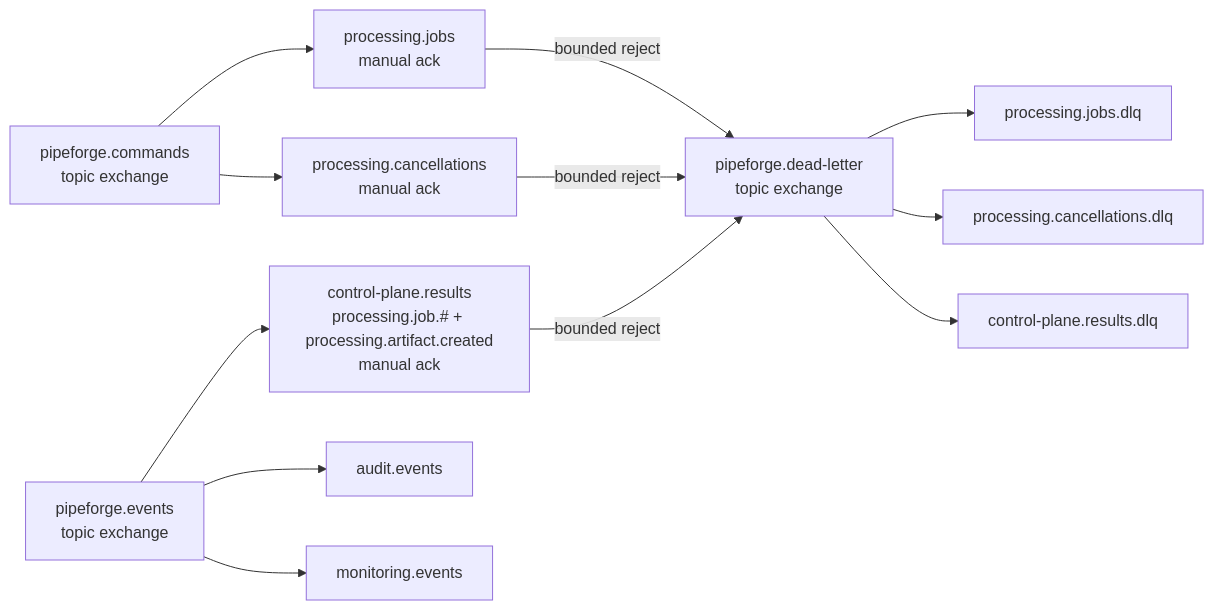
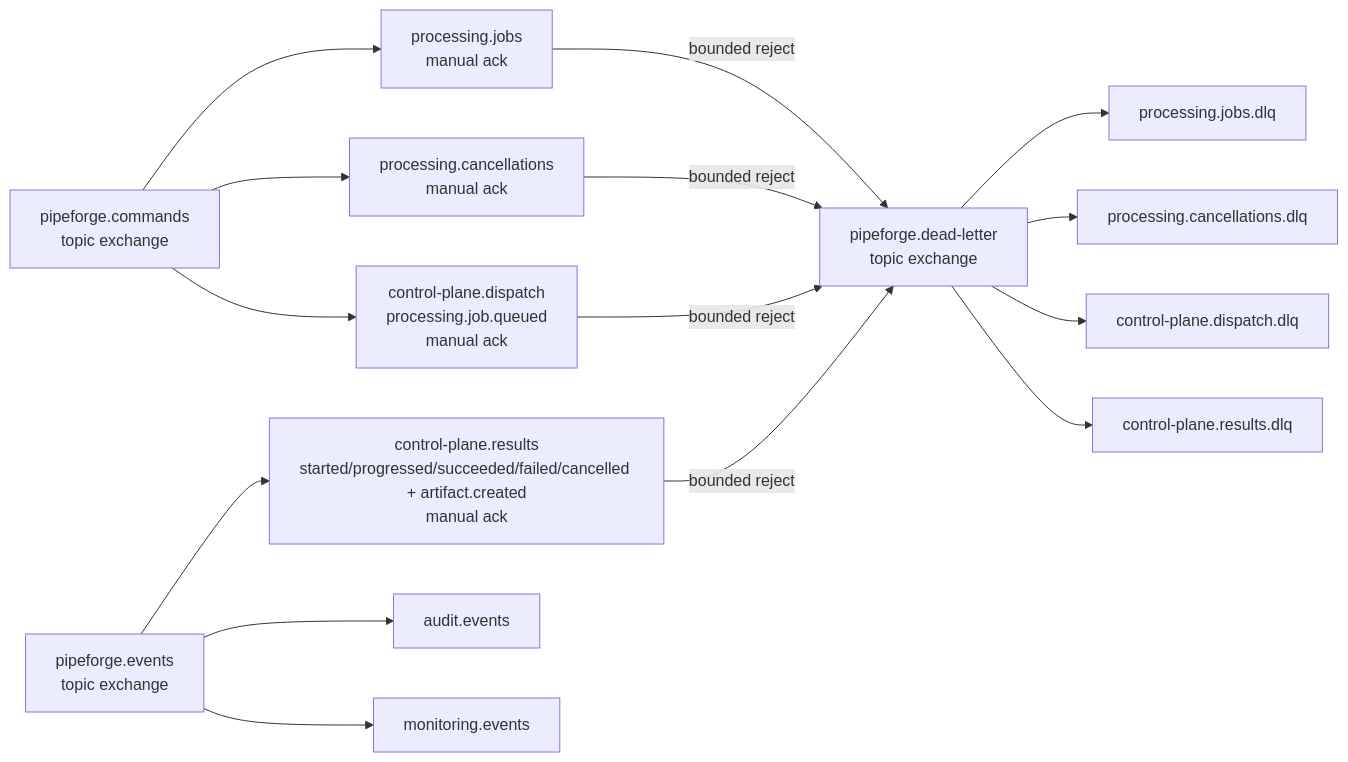
One commit to JasonTM17/PipeForge changed the diagram in docs/messaging/queue-topology.md. Above: the diagram before and after it, drawn with Mermaid. The commit also changed other lines of this file and 93 other files, not shown here.

````diff
--- a/docs/messaging/queue-topology.md
+++ b/docs/messaging/queue-topology.md
@@ -5,14 +5,17 @@
 ```mermaid
 flowchart LR
     Commands["pipeforge.commands\ntopic exchange"] --> Jobs["processing.jobs\nmanual ack"]
     Commands --> Cancels["processing.cancellations\nmanual ack"]
-    Events["pipeforge.events\ntopic exchange"] --> Results["control-plane.results\nprocessing.job.# + processing.artifact.created\nmanual ack"]
+    Commands --> Dispatch["control-plane.dispatch\nprocessing.job.queued\nmanual ack"]
+    Events["pipeforge.events\ntopic exchange"] --> Results["control-plane.results\nstarted/progressed/succeeded/failed/cancelled + artifact.created\nmanual ack"]
     Events --> Audit["audit.events"]
     Events --> Monitoring["monitoring.events"]
     Jobs -->|bounded reject| DLQ["pipeforge.dead-letter\ntopic exchange"]
     Cancels -->|bounded reject| DLQ
+    Dispatch -->|bounded reject| DLQ
     Results -->|bounded reject| DLQ
     DLQ --> JobsDLQ["processing.jobs.dlq"]
     DLQ --> CancelsDLQ["processing.cancellations.dlq"]
+    DLQ --> DispatchDLQ["control-plane.dispatch.dlq"]
     DLQ --> ResultsDLQ["control-plane.results.dlq"]
 ```
````
